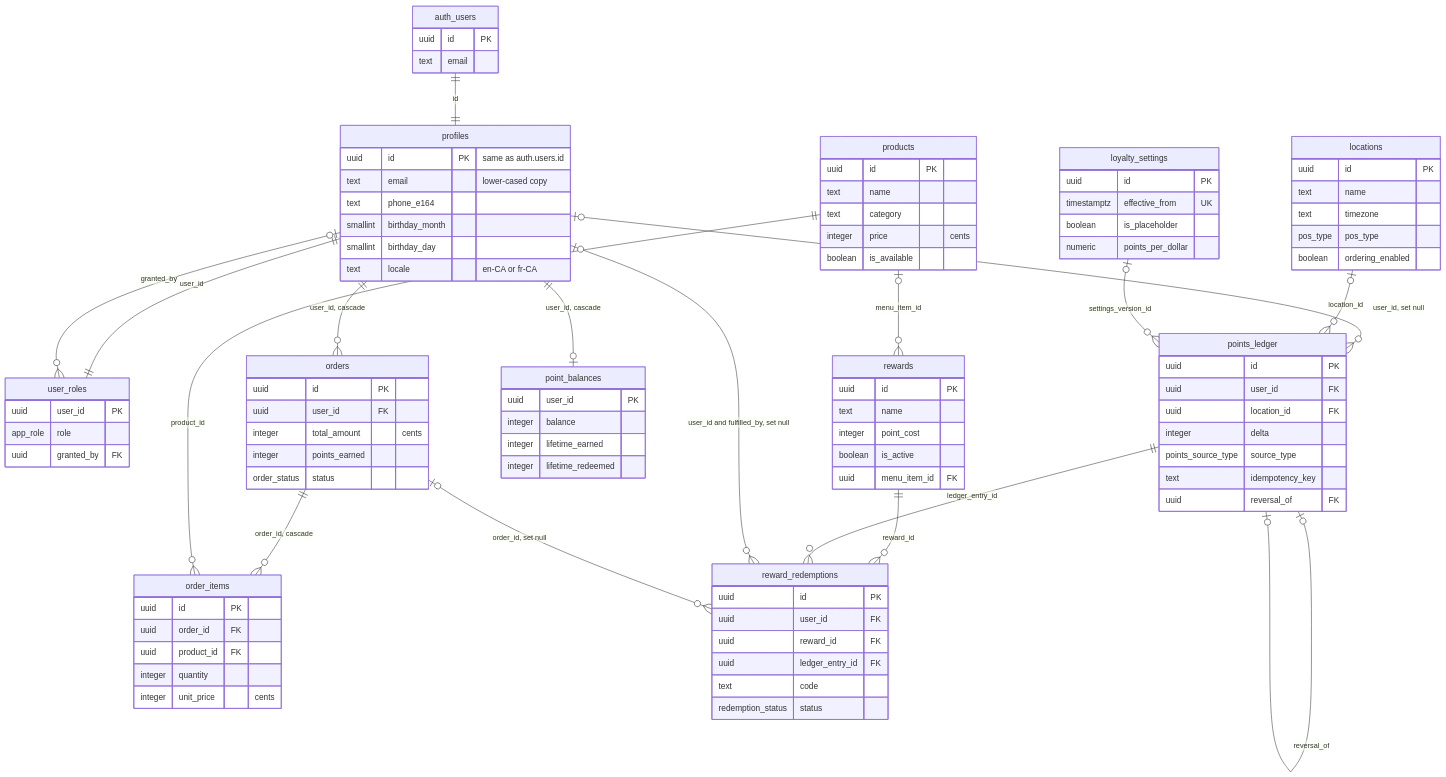
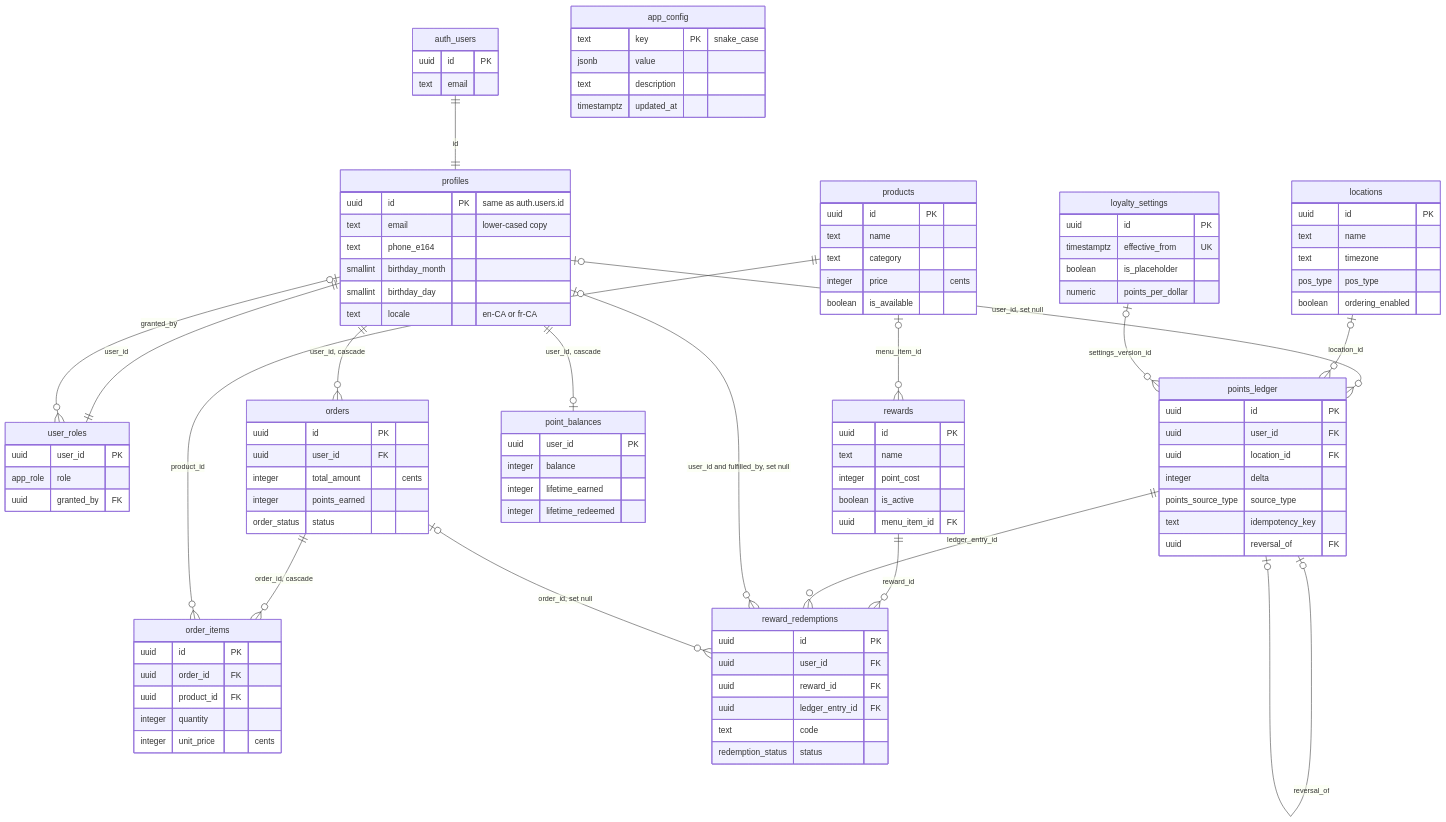
Before and after one commit to Alexd2004/Sisig: the fifth of 8 diagrams in docs/SUPABASE.md, drawn with Mermaid. The commit also changed other lines of this file and 10 other files, not shown here.

````diff
--- a/docs/SUPABASE.md
+++ b/docs/SUPABASE.md
@@ -503,4 +515,10 @@
     text code
     redemption_status status
   }
+  app_config {
+    text key PK "snake_case"
+    jsonb value
+    text description
+    timestamptz updated_at
+  }
 ```
````
